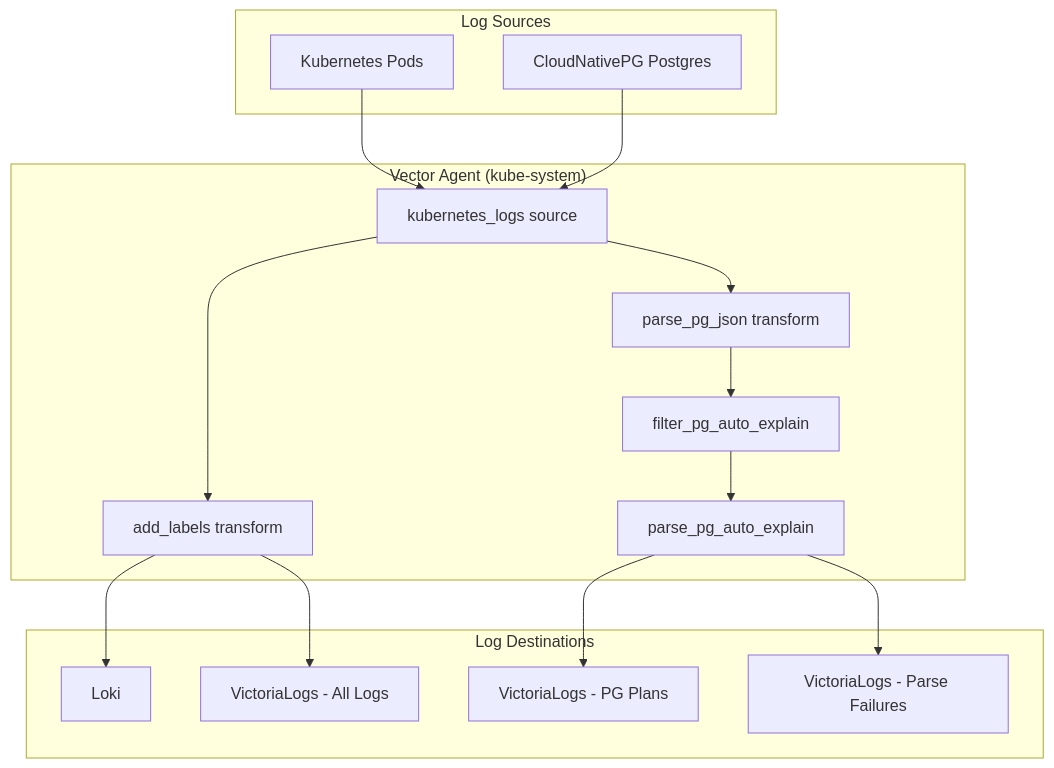
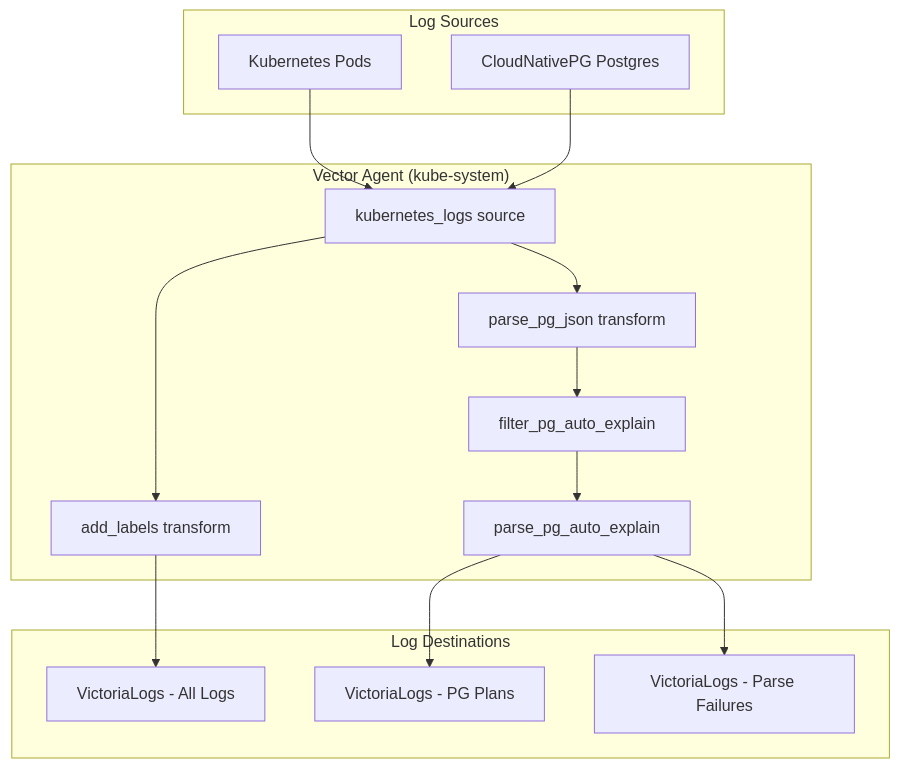
Before and after one commit to duynhlab/homelab: the first of 2 diagrams in kubernetes/infra/controllers/logging/victorialogs/README.md, drawn with Mermaid. The commit also changed other lines of this file and 15 other files, not shown here.

````diff
--- a/kubernetes/infra/controllers/logging/victorialogs/README.md
+++ b/kubernetes/infra/controllers/logging/victorialogs/README.md
@@ -7,36 +7,34 @@
 ```mermaid
 flowchart TD
     subgraph Sources["Log Sources"]
         K8s[Kubernetes Pods]
         CNPG[CloudNativePG Postgres]
     end
 
     subgraph Vector["Vector Agent (kube-system)"]
         KLogs[kubernetes_logs source]
         AddLabels[add_labels transform]
         ParsePG[parse_pg_json transform]
         FilterExplain[filter_pg_auto_explain]
         ParseExplain[parse_pg_auto_explain]
     end
 
     subgraph Sinks["Log Destinations"]
-        Loki[Loki]
         VLogsAll[VictoriaLogs - All Logs]
         VLogsPlans[VictoriaLogs - PG Plans]
         VLogsFailures[VictoriaLogs - Parse Failures]
     end
 
     K8s --> KLogs
     CNPG --> KLogs
     
     KLogs --> AddLabels
     KLogs --> ParsePG
     
-    AddLabels --> Loki
     AddLabels --> VLogsAll
     
     ParsePG --> FilterExplain
     FilterExplain --> ParseExplain
     ParseExplain --> VLogsPlans
     ParseExplain --> VLogsFailures
 ```
````
